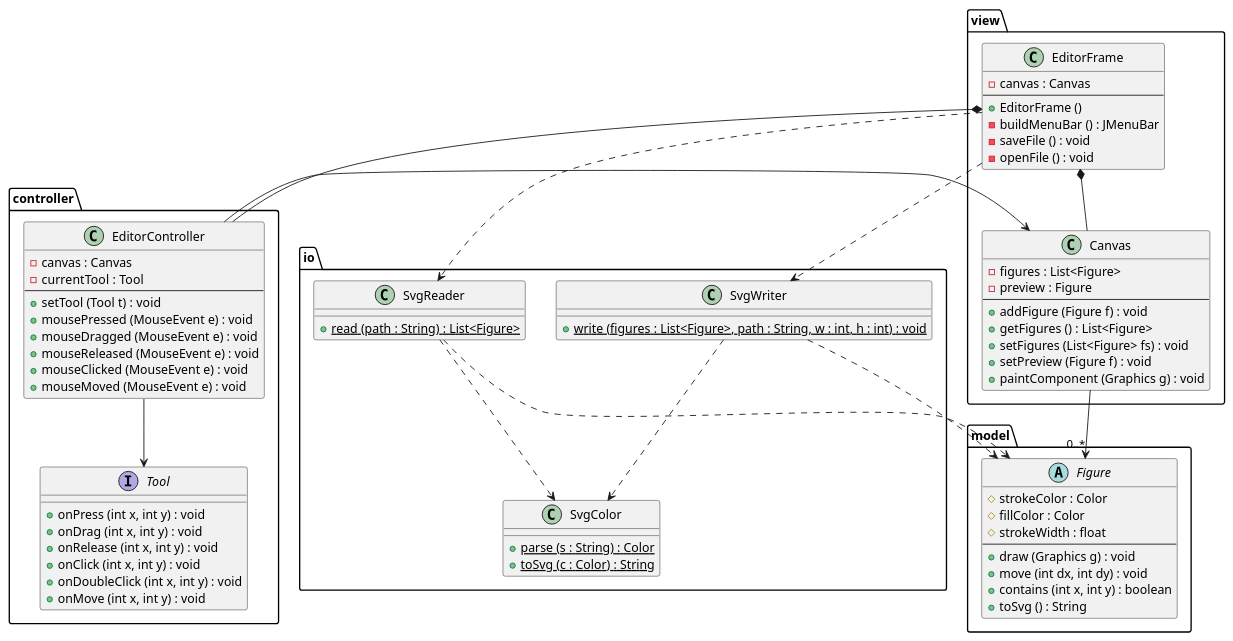
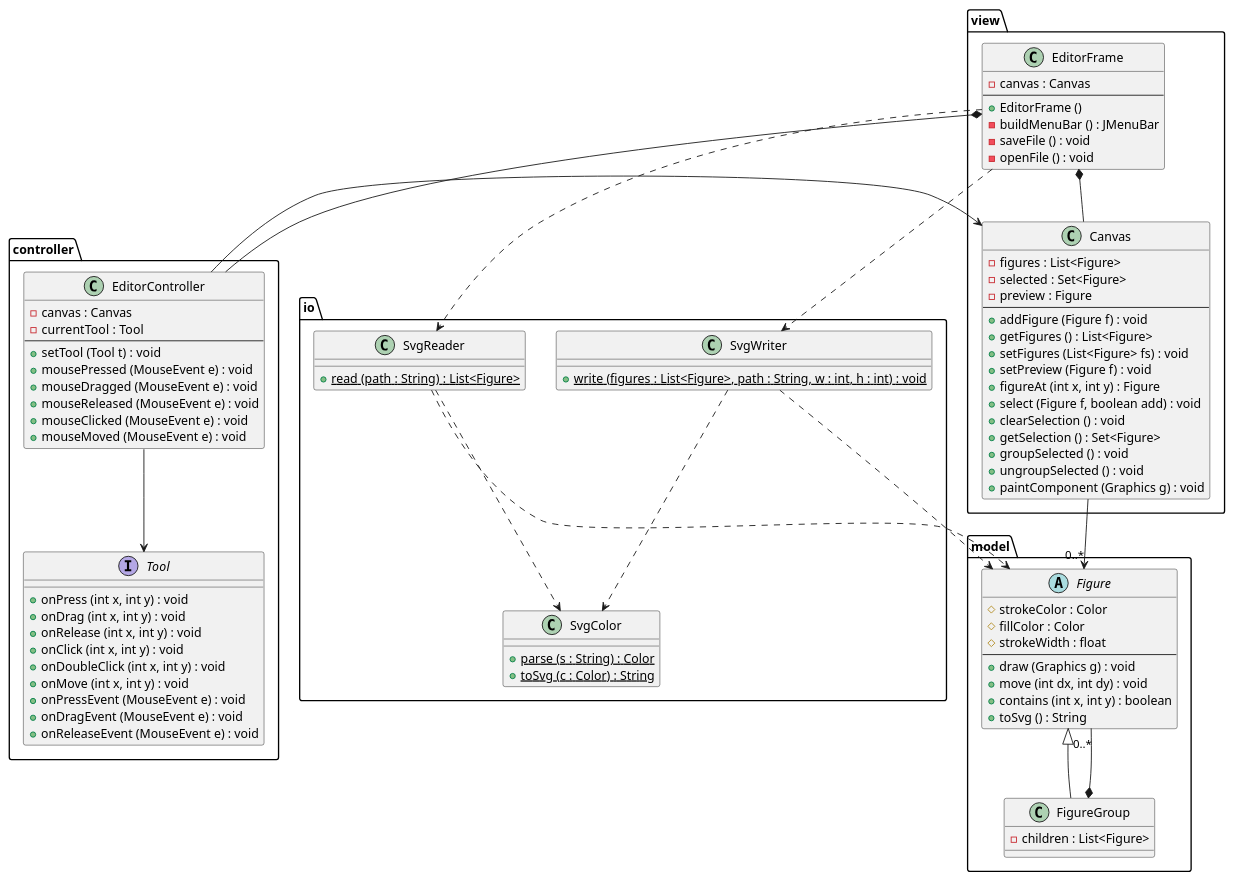
Before and after one commit to cpcp-lab/sdd-figure-editor: the first of 3 diagrams in docs/static-structure.md, drawn with PlantUML. The commit also changed other lines of this file and 23 other files, not shown here.

First line of the commit message:
Implement figure grouping, selection tool, and stroke/fill styling

```diff
--- a/docs/static-structure.md
+++ b/docs/static-structure.md
@@ -22,12 +22,19 @@
 
     class Canvas {
         - figures : List<Figure>
+        - selected : Set<Figure>
         - preview : Figure
         --
         + addFigure (Figure f) : void
         + getFigures () : List<Figure>
         + setFigures (List<Figure> fs) : void
         + setPreview (Figure f) : void
+        + figureAt (int x, int y) : Figure
+        + select (Figure f, boolean add) : void
+        + clearSelection () : void
+        + getSelection () : Set<Figure>
+        + groupSelected () : void
+        + ungroupSelected () : void
         + paintComponent (Graphics g) : void
     }
 }
@@ -52,6 +59,9 @@
         + onClick (int x, int y) : void
         + onDoubleClick (int x, int y) : void
         + onMove (int x, int y) : void
+        + onPressEvent (MouseEvent e) : void
+        + onDragEvent (MouseEvent e) : void
+        + onReleaseEvent (MouseEvent e) : void
     }
 }
 
@@ -66,6 +76,13 @@
         + contains (int x, int y) : boolean
         + toSvg () : String
     }
+
+    class FigureGroup {
+        - children : List<Figure>
+    }
+
+    Figure <|-- FigureGroup
+    FigureGroup *-- "0..*" Figure
 }
 
 package io {
```
